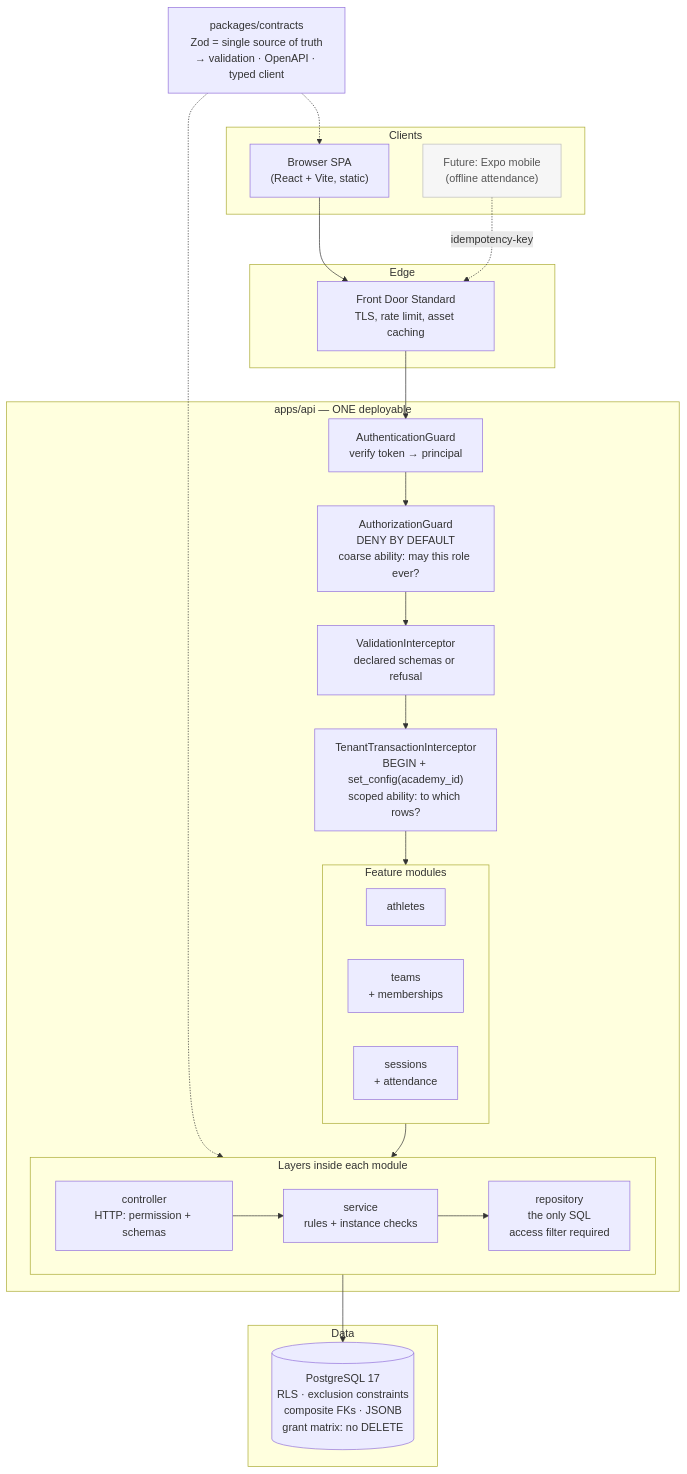
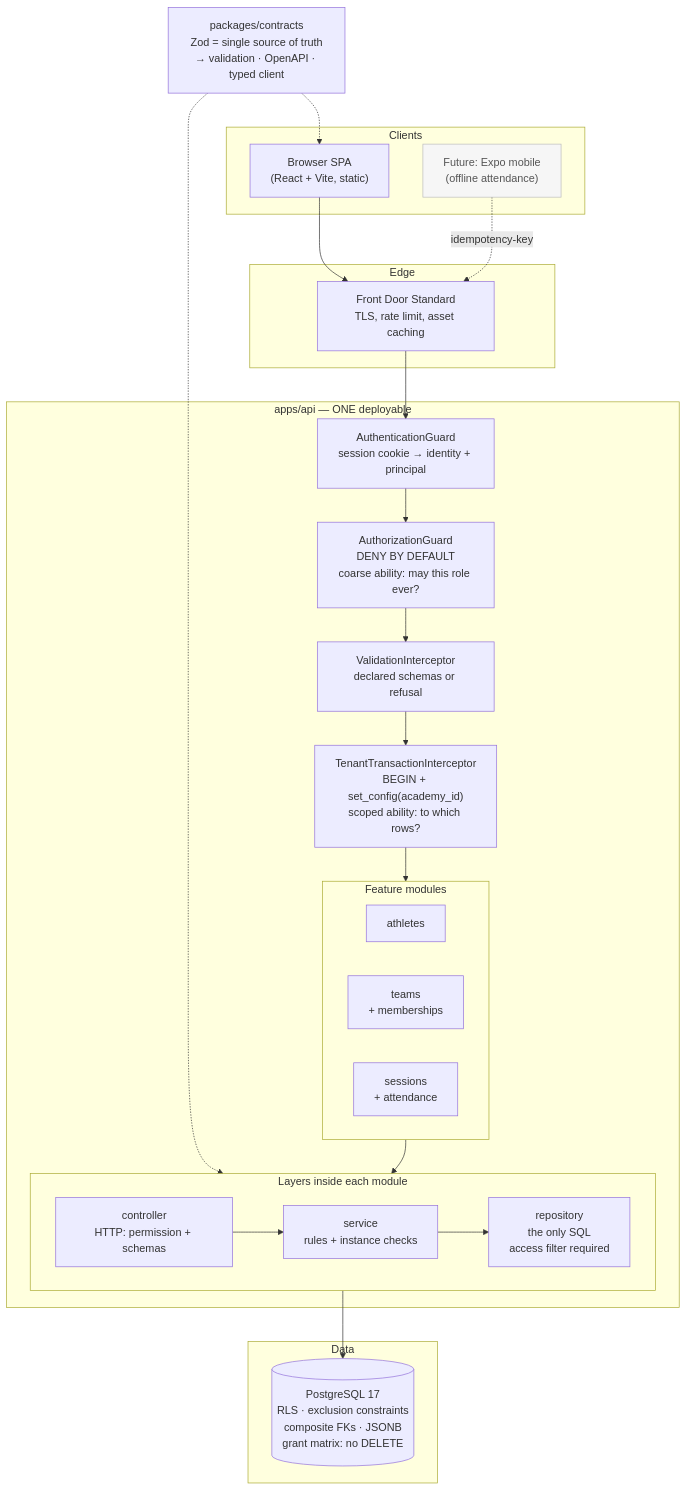
One commit to mohammad-qb/athlete changed the first of 4 diagrams in README.md. Above: the diagram before and after it, drawn with Mermaid. The commit also changed other lines of this file and 72 other files, not shown here.

````diff
--- a/README.md
+++ b/README.md
@@ -40,46 +40,46 @@
 ```mermaid
 flowchart TB
     subgraph clients["Clients"]
         browser["Browser SPA<br/>(React + Vite, static)"]
         future["Future: Expo mobile<br/>(offline attendance)"]
     end
 
     subgraph edge["Edge"]
         fd["Front Door Standard<br/>TLS, rate limit, asset caching"]
     end
 
     subgraph api["apps/api — ONE deployable"]
-        mw["AuthenticationGuard<br/>verify token → principal"]
+        mw["AuthenticationGuard<br/>session cookie → identity + principal"]
         guard["AuthorizationGuard<br/>DENY BY DEFAULT<br/>coarse ability: may this role ever?"]
         val["ValidationInterceptor<br/>declared schemas or refusal"]
         itx["TenantTransactionInterceptor<br/>BEGIN + set_config(academy_id)<br/>scoped ability: to which rows?"]
 
         subgraph modules["Feature modules"]
             direction LR
             ath["athletes"]
             tm["teams<br/>+ memberships"]
             ses["sessions<br/>+ attendance"]
         end
 
         subgraph layers["Layers inside each module"]
             direction LR
             ctl["controller<br/>HTTP: permission + schemas"] --> svc["service<br/>rules + instance checks"] --> repo["repository<br/>the only SQL<br/>access filter required"]
         end
     end
 
     subgraph data["Data"]
         pg[("PostgreSQL 17<br/>RLS · exclusion constraints<br/>composite FKs · JSONB<br/>grant matrix: no DELETE")]
     end
 
     contracts["packages/contracts<br/>Zod = single source of truth<br/>→ validation · OpenAPI · typed client"]
 
     browser --> fd --> mw --> guard --> val --> itx --> modules
     modules --> layers
     repo --> pg
     contracts -.-> browser
     contracts -.-> ctl
     future -.->|idempotency-key| fd
 
     classDef dim fill:#f6f6f6,stroke:#bbb,color:#555
     class future dim
 ```
````
